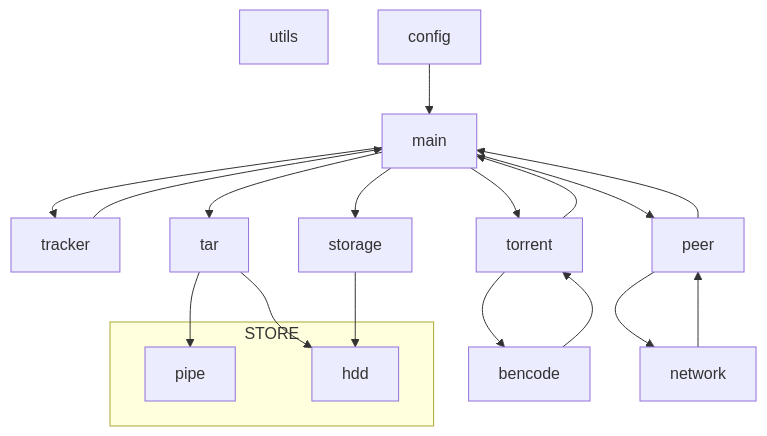
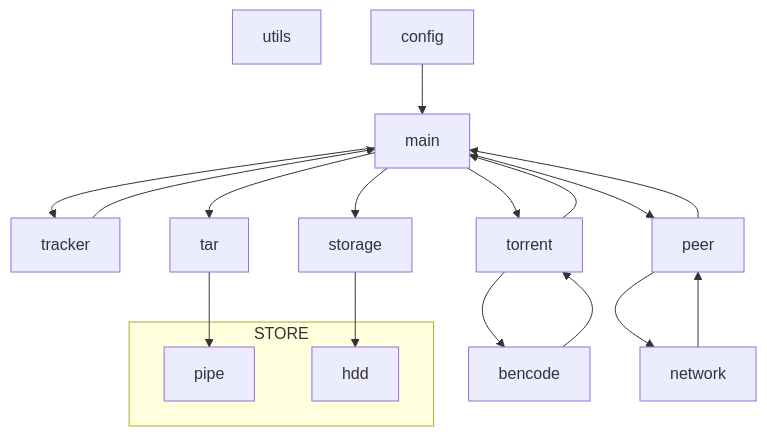
The diagram in FINAL/README.MD (molnija3d/C-2025-09-EVGENIY-Z), drawn with Mermaid before and after one commit. The commit also changed 1 other file, not shown here.

Commit message:
working on graph

````diff
--- a/FINAL/README.MD
+++ b/FINAL/README.MD
@@ -142,24 +142,23 @@
 ```mermaid
 flowchart TD
  utils
  config --> main
  main --> tracker
  main --> peer
  main --> storage
  main --> tar
  main --> torrent
  tracker --> main
  torrent --> bencode
  torrent --> main
  network --> peer
  peer --> network
  peer --> main
  bencode --> torrent
  tar --> pipe
- tar --> hdd
  storage --> hdd 
 subgraph STORE 
  pipe
  hdd
  end
 ```
````
